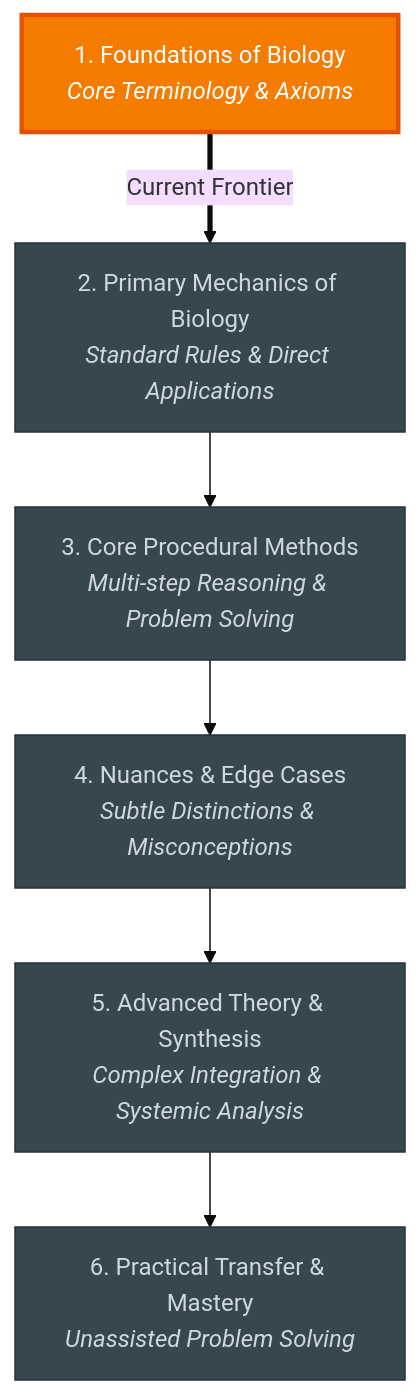
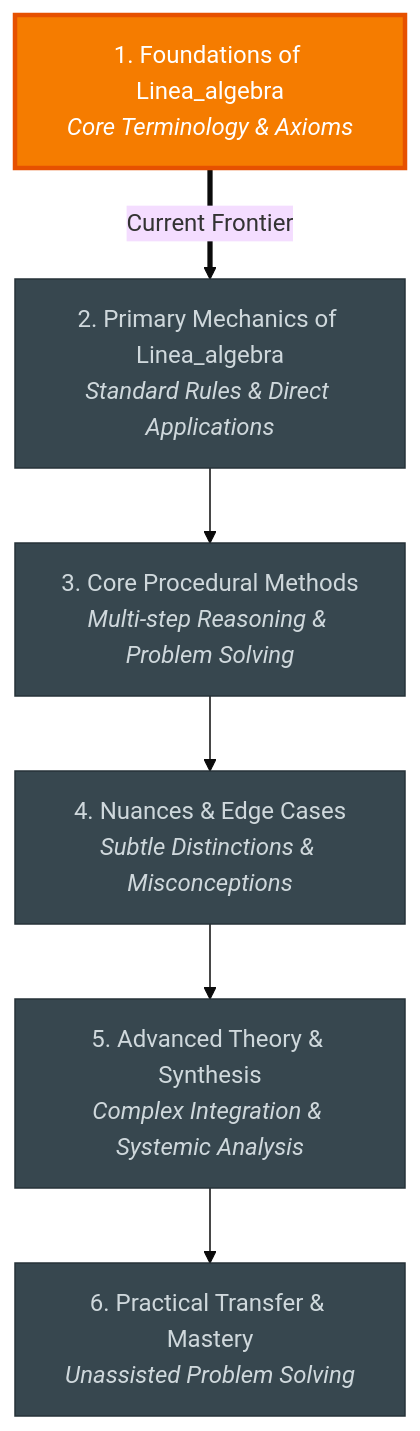
One commit to Samuel-Habib/ai_learning_assistant changed the diagram in md/00_INDEX_DASHBOARD.md. Above: the diagram before and after it, drawn with Mermaid (base theme). The commit also changed other lines of this file and 7 other files, not shown here.

````diff
--- a/md/00_INDEX_DASHBOARD.md
+++ b/md/00_INDEX_DASHBOARD.md
@@ -24,19 +24,19 @@
 ```mermaid
 flowchart TD
     classDef mastered fill:#2e7d32,stroke:#1b5e20,stroke-width:2px,color:#fff;
     classDef current fill:#f57c00,stroke:#e65100,stroke-width:3px,color:#fff;
     classDef upcoming fill:#37474f,stroke:#263238,stroke-width:1px,color:#cfd8dc;
 
-    M1["1. Foundations of Biology<br/><i>Core Terminology & Axioms</i>"]:::current
-    M2["2. Primary Mechanics of Biology<br/><i>Standard Rules & Direct Applications</i>"]:::upcoming
+    M1["1. Foundations of Linea_algebra<br/><i>Core Terminology & Axioms</i>"]:::current
+    M2["2. Primary Mechanics of Linea_algebra<br/><i>Standard Rules & Direct Applications</i>"]:::upcoming
     M3["3. Core Procedural Methods<br/><i>Multi-step Reasoning & Problem Solving</i>"]:::upcoming
     M4["4. Nuances & Edge Cases<br/><i>Subtle Distinctions & Misconceptions</i>"]:::upcoming
     M5["5. Advanced Theory & Synthesis<br/><i>Complex Integration & Systemic Analysis</i>"]:::upcoming
     M6["6. Practical Transfer & Mastery<br/><i>Unassisted Problem Solving</i>"]:::upcoming
 
     M1 ==>|Current Frontier| M2
     M2 --> M3
     M3 --> M4
     M4 --> M5
     M5 --> M6
 ```
````
